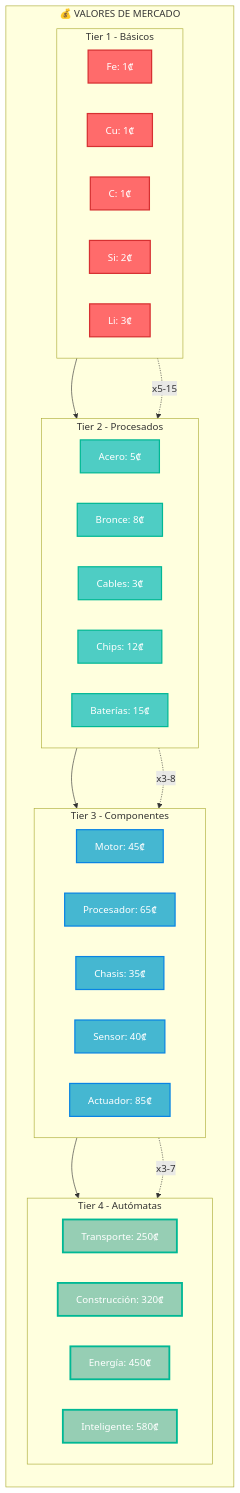
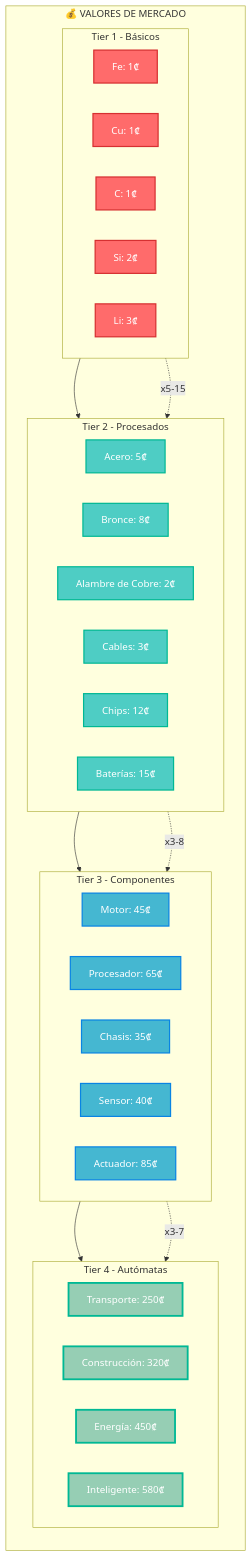
The third of 3 diagrams in docs/assets/materials-tree.md (dchaves80/Automata1.0), drawn with Mermaid before and after one commit. The commit also changed other lines of this file, not shown here.

Commit message:
🔧 Separate Copper Wire and Cables into distinct products: Updated materials transformation tree, production flow, economic values, and machine specifications - Enhanced production chain complexity and realism

````diff
--- a/docs/assets/materials-tree.md
+++ b/docs/assets/materials-tree.md
@@ -347,56 +382,57 @@
 ```mermaid
 graph LR
     subgraph Valores["💰 VALORES DE MERCADO"]
         subgraph T1["Tier 1 - Básicos"]
             Fe1[Fe: 1₡]
             Cu1[Cu: 1₡]
             C1[C: 1₡]
             Si1[Si: 2₡]
             Li1[Li: 3₡]
         end
         
         subgraph T2["Tier 2 - Procesados"]
             Acero2[Acero: 5₡]
             Bronce2[Bronce: 8₡]
+            AlambreCobre2[Alambre de Cobre: 2₡]
             Cables2[Cables: 3₡]
             Chips2[Chips: 12₡]
             Baterias2[Baterías: 15₡]
         end
         
         subgraph T3["Tier 3 - Componentes"]
             Motor3[Motor: 45₡]
             Procesador3[Procesador: 65₡]
             Chasis3[Chasis: 35₡]
             Sensor3[Sensor: 40₡]
             Actuador3[Actuador: 85₡]
         end
         
         subgraph T4["Tier 4 - Autómatas"]
             AutoT4[Transporte: 250₡]
             AutoC4[Construcción: 320₡]
             AutoE4[Energía: 450₡]
             AutoI4[Inteligente: 580₡]
         end
     end
     
     %% Flujo de valor
     T1 --> T2
     T2 --> T3
     T3 --> T4
     
     %% Multiplicadores de valor
     T1 -.->|x5-15| T2
     T2 -.->|x3-8| T3
     T3 -.->|x3-7| T4
     
     %% Estilos
     classDef tier1 fill:#ff6b6b,stroke:#d63031,stroke-width:2px,color:#fff
     classDef tier2 fill:#4ecdc4,stroke:#00b894,stroke-width:2px,color:#fff
     classDef tier3 fill:#45b7d1,stroke:#0984e3,stroke-width:2px,color:#fff
     classDef tier4 fill:#96ceb4,stroke:#00b894,stroke-width:3px,color:#fff
     
     class Fe1,Cu1,C1,Si1,Li1 tier1
-    class Acero2,Bronce2,Cables2,Chips2,Baterias2 tier2
+    class Acero2,Bronce2,AlambreCobre2,Cables2,Chips2,Baterias2 tier2
     class Motor3,Procesador3,Chasis3,Sensor3,Actuador3 tier3
     class AutoT4,AutoC4,AutoE4,AutoI4 tier4
 ```
````
